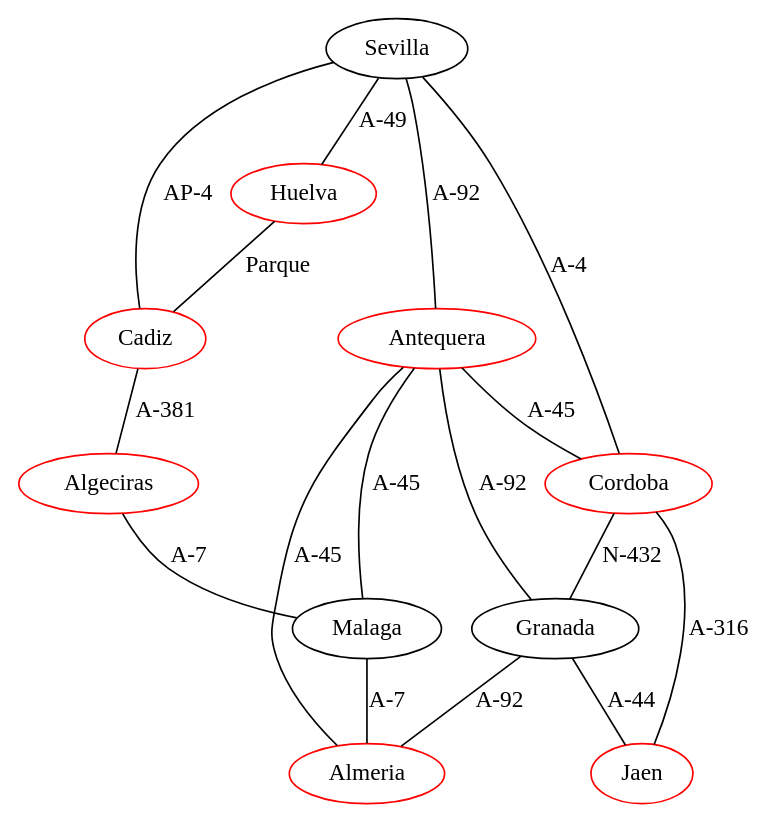
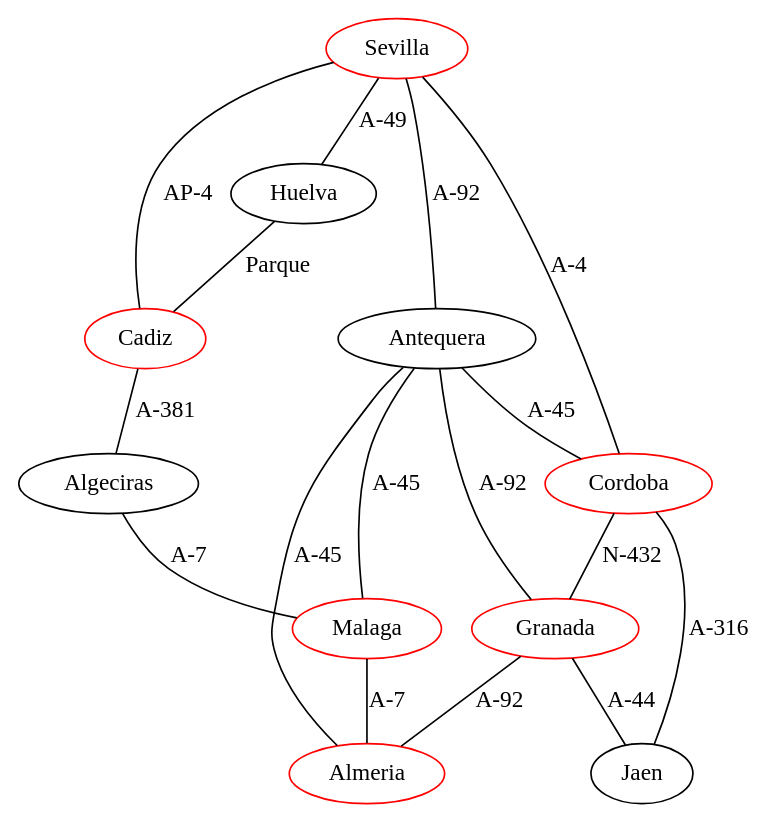
The diagram in java/EjemplosPL/ficheros/vertex_cover.gv (migueltoro/ada_v2_18), drawn with Graphviz before and after one commit. The commit also changed 6 other files, not shown here.

```diff
--- a/java/EjemplosPL/ficheros/vertex_cover.gv
+++ b/java/EjemplosPL/ficheros/vertex_cover.gv
@@ -1,28 +1,28 @@
 strict graph G {
-  1 [ color="black" label="Sevilla" ];
+  1 [ color="red" label="Sevilla" ];
   2 [ color="red" label="Cadiz" ];
-  3 [ color="red" label="Huelva" ];
+  3 [ color="black" label="Huelva" ];
   4 [ color="red" label="Cordoba" ];
-  5 [ color="black" label="Malaga" ];
-  6 [ color="red" label="Antequera" ];
+  5 [ color="red" label="Malaga" ];
+  6 [ color="black" label="Antequera" ];
   7 [ color="red" label="Almeria" ];
-  8 [ color="black" label="Granada" ];
-  9 [ color="red" label="Jaen" ];
-  10 [ color="red" label="Algeciras" ];
+  8 [ color="red" label="Granada" ];
+  9 [ color="black" label="Jaen" ];
+  10 [ color="black" label="Algeciras" ];
   1 -- 3 [ style="solid" label="A-49" ];
   1 -- 4 [ style="solid" label="A-4" ];
   1 -- 2 [ style="solid" label="AP-4" ];
   1 -- 6 [ style="solid" label="A-92" ];
   3 -- 2 [ style="solid" label="Parque" ];
   6 -- 8 [ style="solid" label="A-92" ];
   6 -- 5 [ style="solid" label="A-45" ];
   6 -- 4 [ style="solid" label="A-45" ];
   6 -- 7 [ style="solid" label="A-45" ];
   5 -- 7 [ style="solid" label="A-7" ];
   4 -- 9 [ style="solid" label="A-316" ];
   4 -- 8 [ style="solid" label="N-432" ];
   8 -- 7 [ style="solid" label="A-92" ];
   8 -- 9 [ style="solid" label="A-44" ];
   2 -- 10 [ style="solid" label="A-381" ];
   10 -- 5 [ style="solid" label="A-7" ];
 }
```
